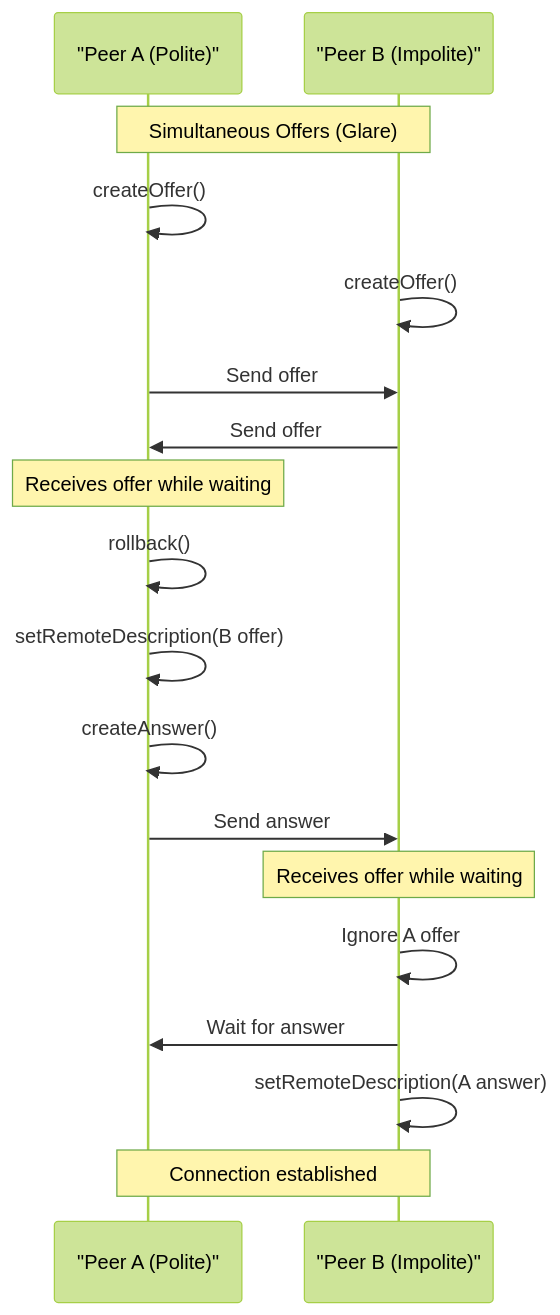
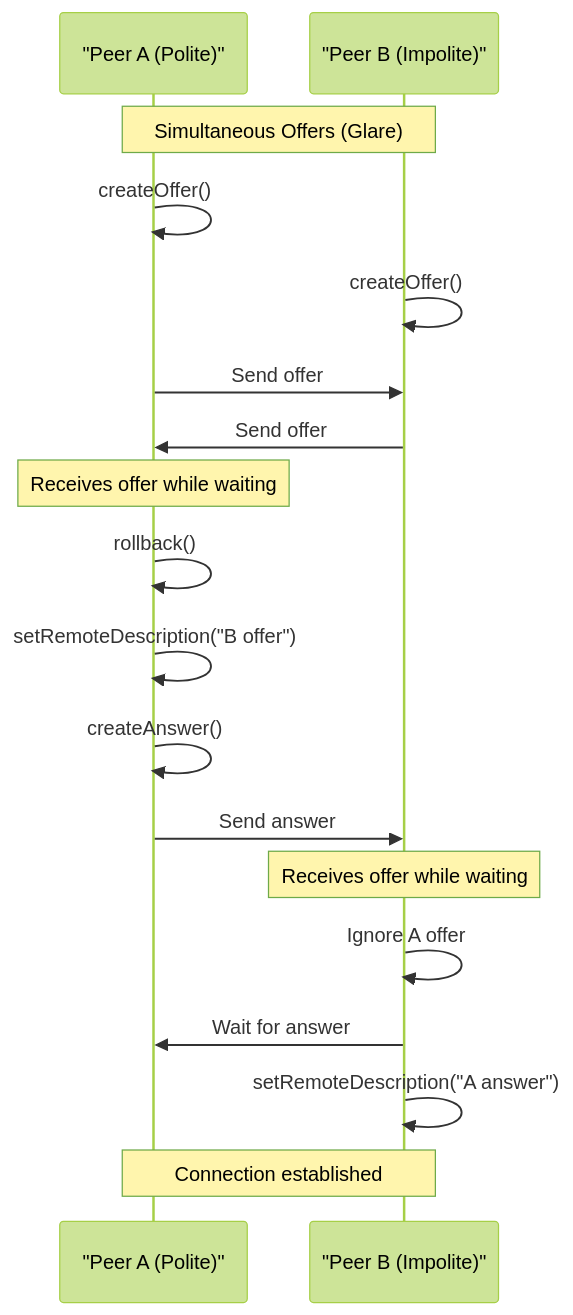
One commit to amr-kasem/distributed-systems-flutter-chat-peer changed the sixth of 16 diagrams in docs/communication-flow.md. Above: the diagram before and after it, drawn with Mermaid (forest theme). The commit also changed other lines of this file and 7 other files, not shown here.

Commit message:
solved issues with diagrams

````diff
--- a/docs/communication-flow.md
+++ b/docs/communication-flow.md
@@ -177,29 +177,29 @@
 ```mermaid
 sequenceDiagram
     participant A as "Peer A (Polite)"
     participant B as "Peer B (Impolite)"
     
     Note over A,B: Simultaneous Offers (Glare)
     
     A->>A: createOffer()
     B->>B: createOffer()
     
     A->>B: Send offer
     B->>A: Send offer
     
     Note over A: Receives offer while waiting
     
     A->>A: rollback()
-    A->>A: setRemoteDescription(B offer)
+    A->>A: setRemoteDescription("B offer")
     A->>A: createAnswer()
     A->>B: Send answer
     
     Note over B: Receives offer while waiting
     
     B->>B: Ignore A offer
     B->>A: Wait for answer
     
-    B->>B: setRemoteDescription(A answer)
+    B->>B: setRemoteDescription("A answer")
     
     Note over A,B: Connection established
 ```
````
